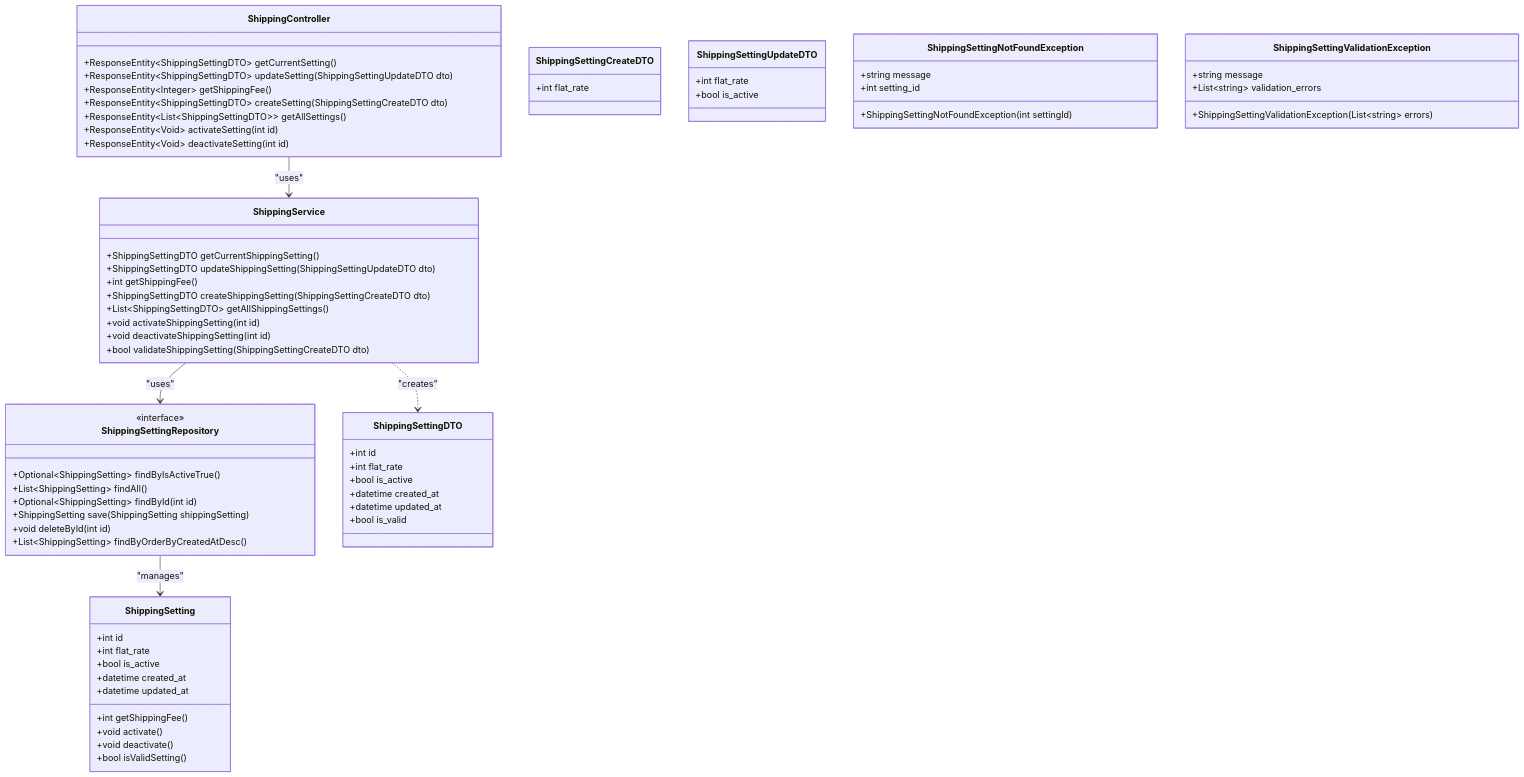
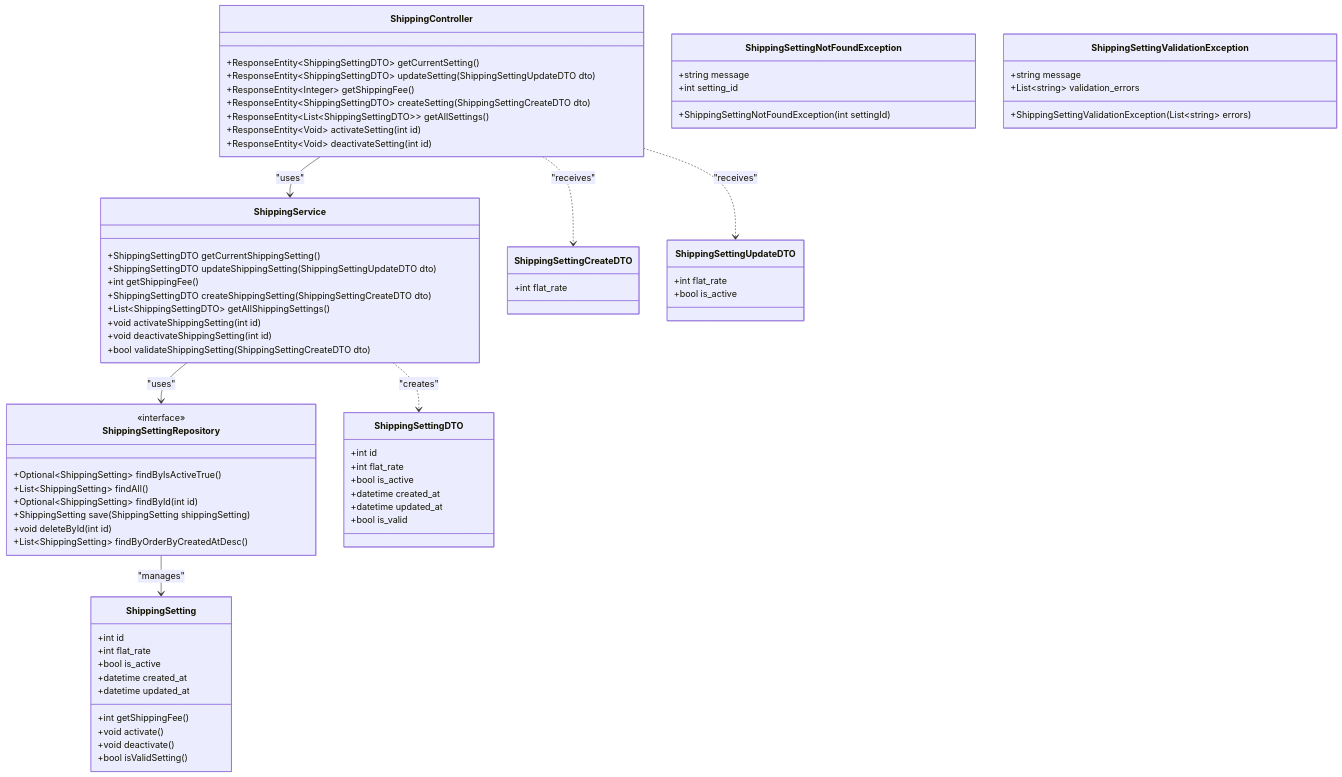
Before and after one commit to Aoi-Yaegashi/teamF: the fourth of 6 diagrams in 詳細設計/担当B_西嶋/クラス図_v2.md, drawn with Mermaid. The commit also changed other lines of this file, not shown here.

````diff
--- a/詳細設計/担当B_西嶋/クラス図_v2.md
+++ b/詳細設計/担当B_西嶋/クラス図_v2.md
@@ -568,4 +576,6 @@
     ShippingService --> ShippingSettingRepository : "uses"
     ShippingController --> ShippingService : "uses"
     ShippingService ..> ShippingSettingDTO : "creates"
+    ShippingController ..> ShippingSettingCreateDTO : "receives"
+    ShippingController ..> ShippingSettingUpdateDTO : "receives"
 ```
````
